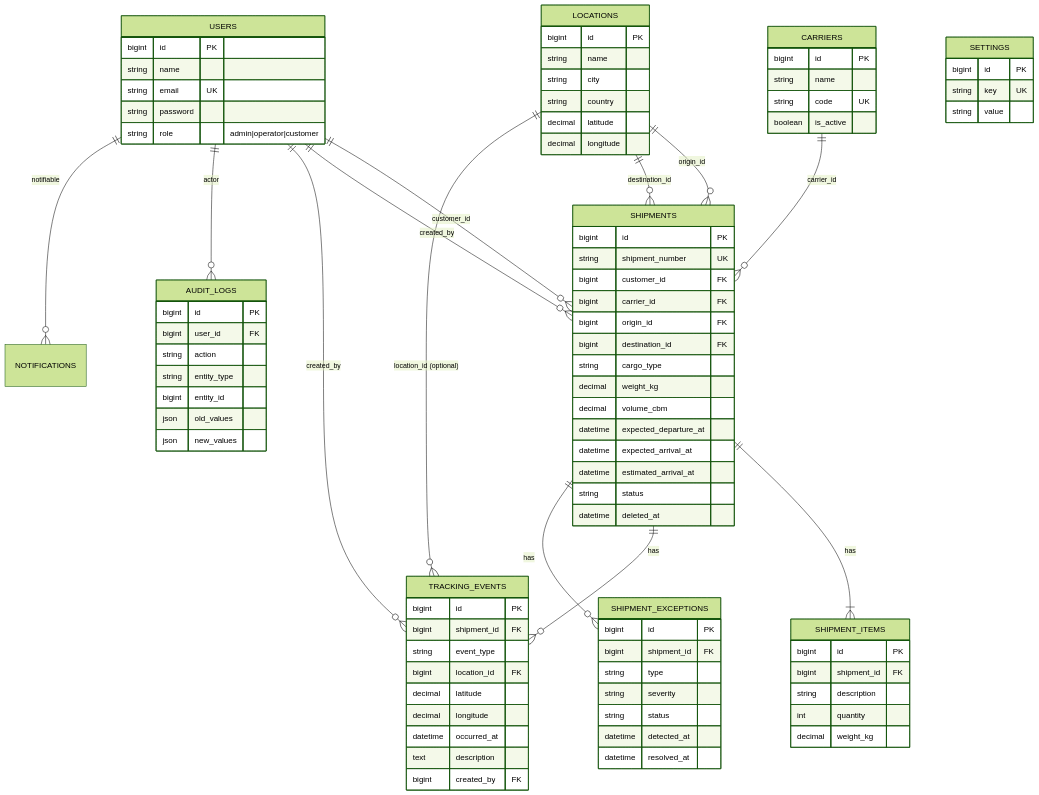
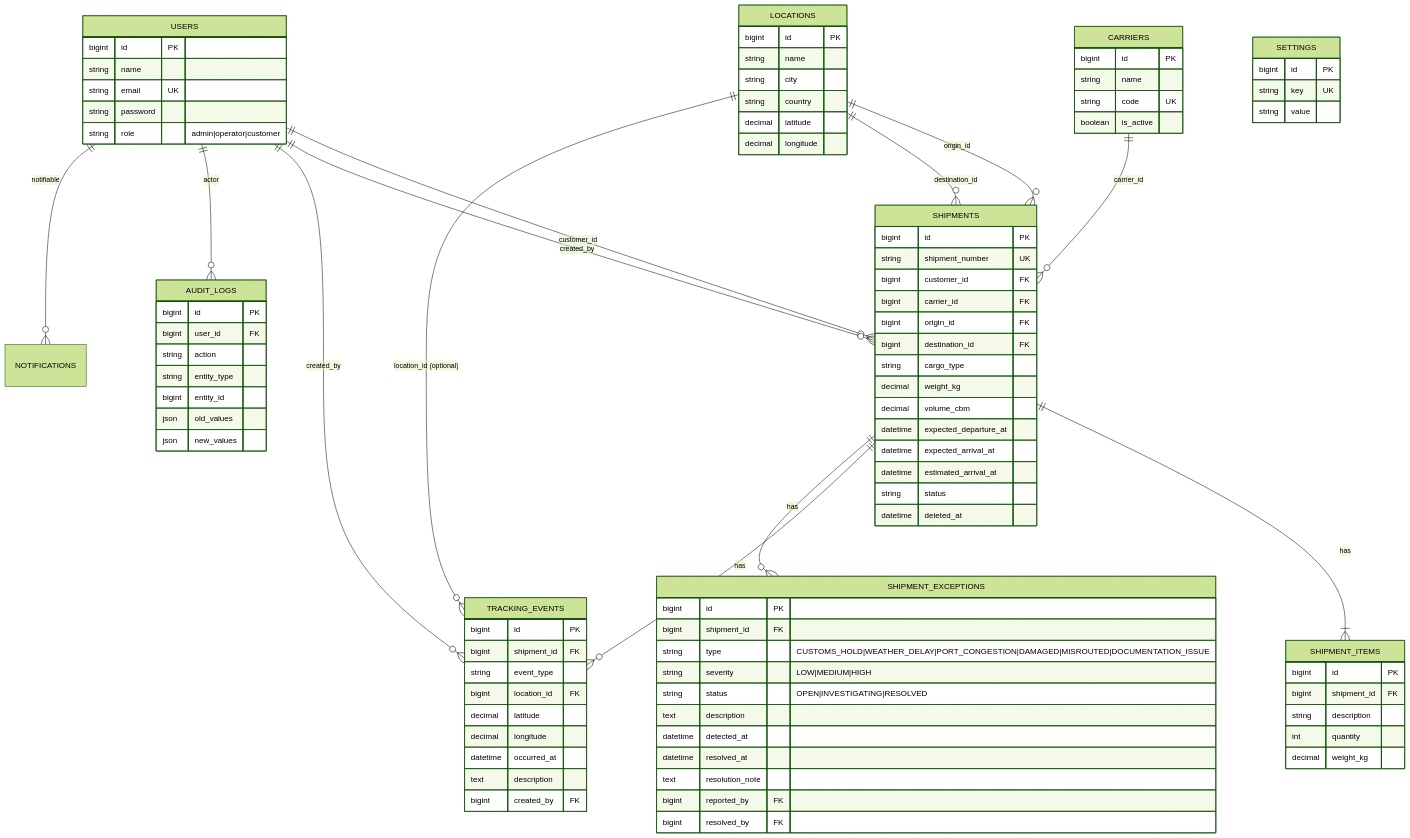
Before and after one commit to mandalika05/cargotrace: the diagram in docs/ERD.md, drawn with Mermaid (forest theme). The commit also changed other lines of this file and 83 other files, not shown here.

```diff
--- a/docs/ERD.md
+++ b/docs/ERD.md
@@ -76,11 +76,15 @@
     SHIPMENT_EXCEPTIONS {
         bigint id PK
         bigint shipment_id FK
-        string type
-        string severity
-        string status
+        string type "CUSTOMS_HOLD|WEATHER_DELAY|PORT_CONGESTION|DAMAGED|MISROUTED|DOCUMENTATION_ISSUE"
+        string severity "LOW|MEDIUM|HIGH"
+        string status "OPEN|INVESTIGATING|RESOLVED"
+        text description
         datetime detected_at
         datetime resolved_at
+        text resolution_note
+        bigint reported_by FK
+        bigint resolved_by FK
     }
     AUDIT_LOGS {
         bigint id PK
```
